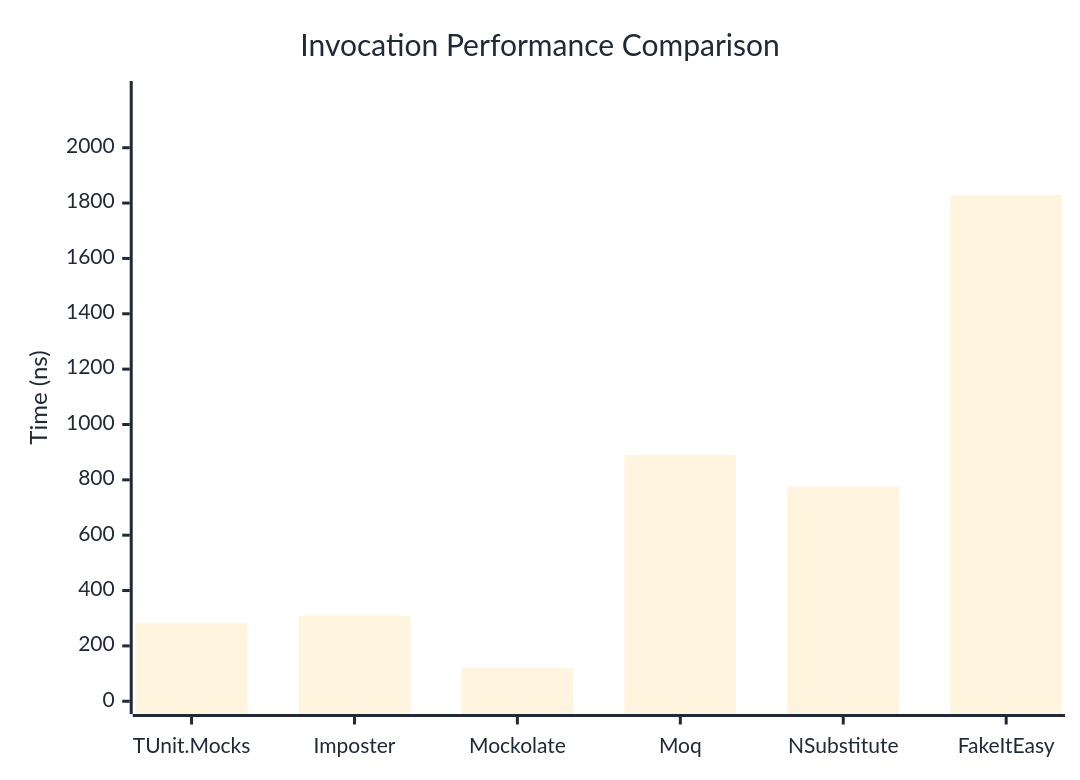
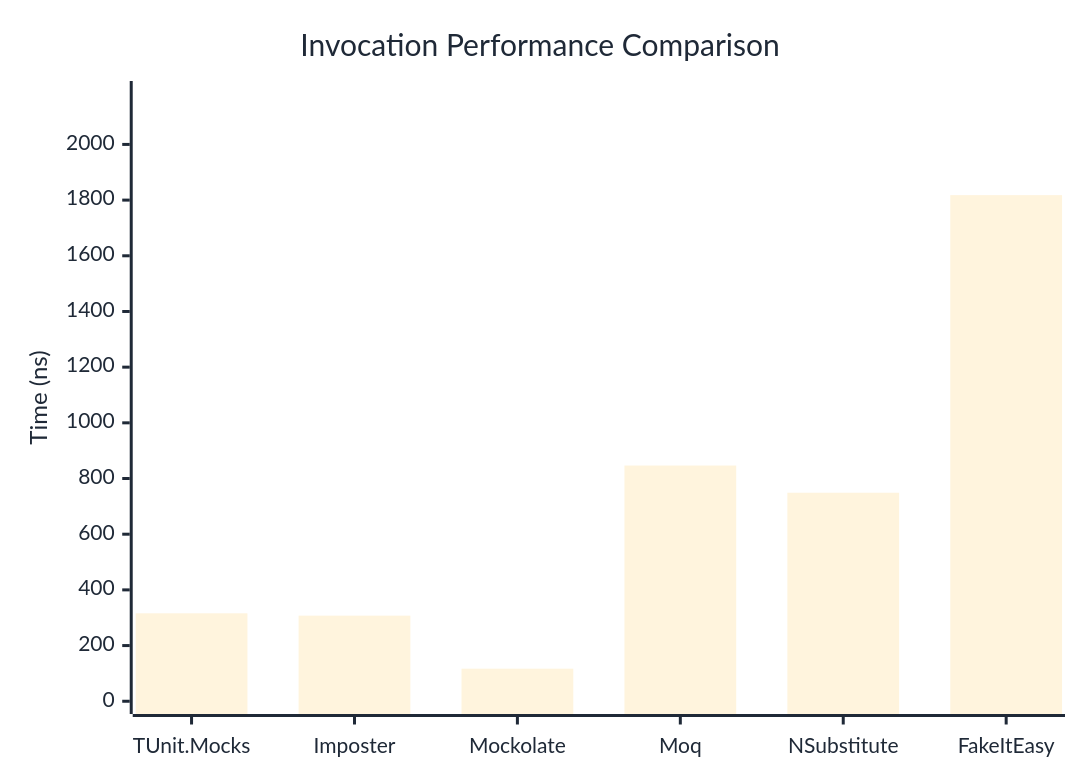
Before and after one commit to thomhurst/TUnit: the first of 3 diagrams in docs/docs/benchmarks/mocks/Invocation.md, drawn with Mermaid. The commit also changed other lines of this file and 14 other files, not shown here.

````diff
--- a/docs/docs/benchmarks/mocks/Invocation.md
+++ b/docs/docs/benchmarks/mocks/Invocation.md
@@ -30,27 +30,27 @@
 ```mermaid
 %%{init: {
   'theme':'base',
   'themeVariables': {
     'primaryColor': '#2563eb',
     'primaryTextColor': '#1f2937',
     'primaryBorderColor': '#1e40af',
     'lineColor': '#6b7280',
     'secondaryColor': '#7c3aed',
     'tertiaryColor': '#dc2626',
     'background': '#ffffff',
     'pie1': '#2563eb',
     'pie2': '#7c3aed',
     'pie3': '#dc2626',
     'pie4': '#f59e0b',
     'pie5': '#10b981',
     'pie6': '#06b6d4',
     'pie7': '#ec4899',
     'pie8': '#6366f1'
   }
 }}%%
 xychart-beta
   title "Invocation Performance Comparison"
   x-axis ["TUnit.Mocks", "Imposter", "Mockolate", "Moq", "NSubstitute", "FakeItEasy"]
-  y-axis "Time (ns)" 0 --> 2195
-  bar [281.6, 309.4, 119.1, 889.7, 775.8, 1829.1]
+  y-axis "Time (ns)" 0 --> 2182
+  bar [315.9, 307.5, 117, 846.6, 749, 1817.9]
 ```
````
